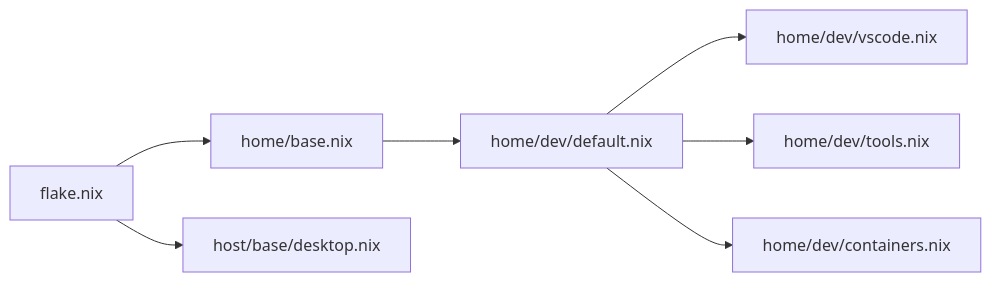
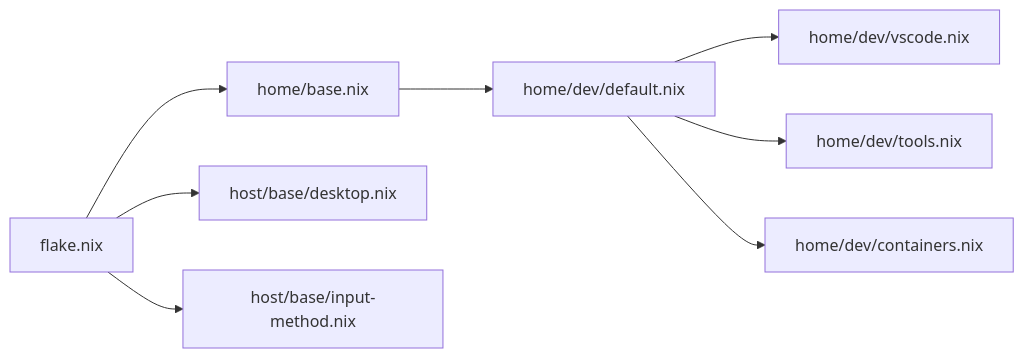
The first of 2 diagrams in wiki/dev/vscode.md (Shangshui0302/myNixOSConfig), drawn with Mermaid before and after one commit. The commit also changed other lines of this file and 17 other files, not shown here.

````diff
--- a/wiki/dev/vscode.md
+++ b/wiki/dev/vscode.md
@@ -60,9 +60,10 @@
 ```mermaid
 graph LR
 F["flake.nix"] --> H["home/base.nix"]
 H --> D["home/dev/default.nix"]
 D --> V["home/dev/vscode.nix"]
 D --> T["home/dev/tools.nix"]
 D --> C["home/dev/containers.nix"]
 F --> S["host/base/desktop.nix"]
+F --> I["host/base/input-method.nix"]
 ```
````
